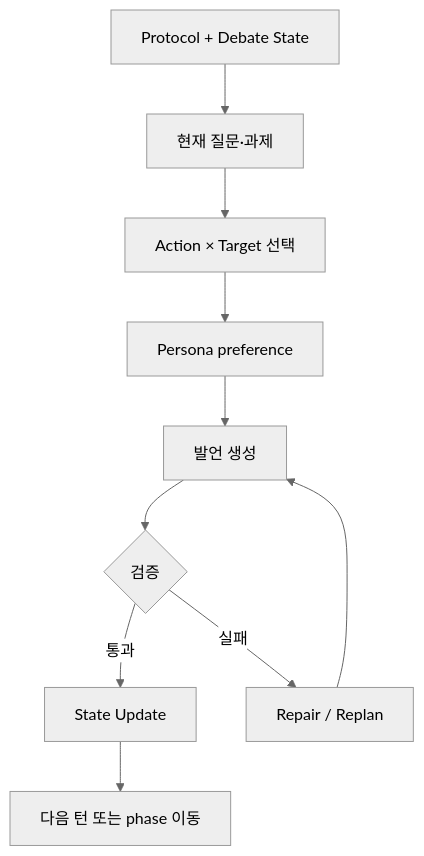
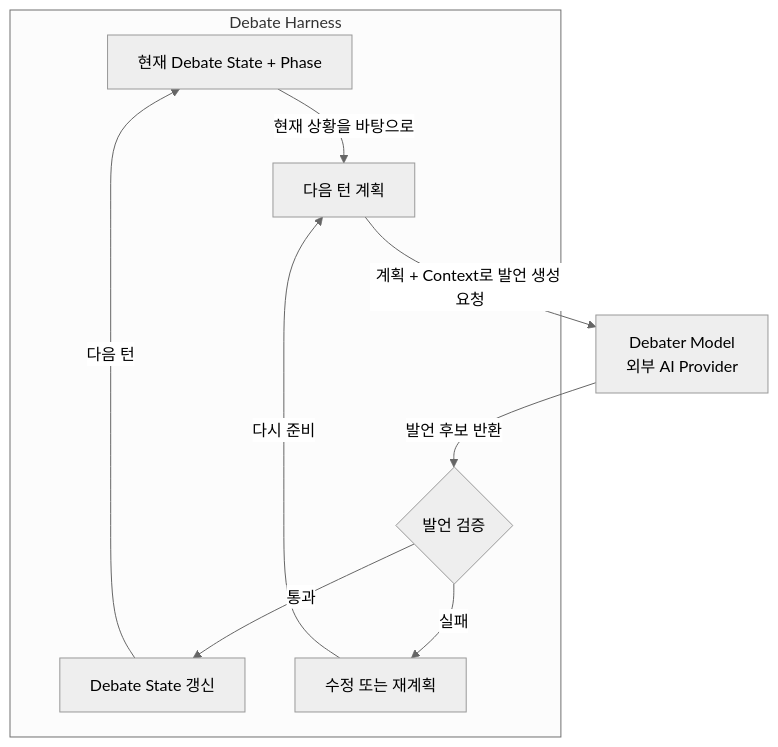
One commit to hodob/A1-3 changed the fourth of 10 diagrams in README.md. Above: the diagram before and after it, drawn with Mermaid (neutral theme). The commit also changed other lines of this file, not shown here.

Commit message:
docs: clarify Debate Harness control loop

````diff
--- a/README.md
+++ b/README.md
@@ -197,12 +197,19 @@
 ```mermaid
 flowchart TD
-    A[Protocol + Debate State] --> B[현재 질문·과제]
-    B --> C[Action × Target 선택]
-    C --> D[Persona preference]
-    D --> E[발언 생성]
-    E --> F{검증}
-    F -->|통과| G[State Update]
-    F -->|실패| H[Repair / Replan]
-    H --> E
-    G --> I[다음 턴 또는 phase 이동]
+    subgraph H[Debate Harness]
+        S[현재 Debate State + Phase]
+        P[다음 턴 계획]
+        V{발언 검증}
+        U[Debate State 갱신]
+        R[수정 또는 재계획]
+
+        S -->|현재 상황을 바탕으로| P
+        V -->|통과| U
+        U -->|다음 턴| S
+        V -->|실패| R
+        R -->|다시 준비| P
+    end
+
+    P -->|계획 + Context로 발언 생성 요청| M[Debater Model<br/>외부 AI Provider]
+    M -->|발언 후보 반환| V
 ```
````
